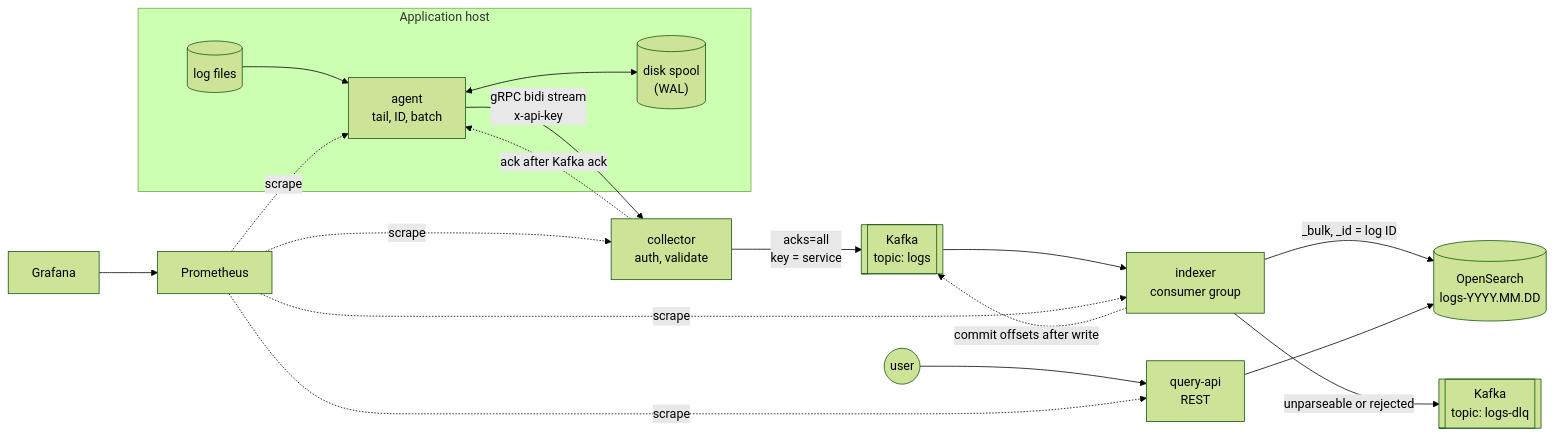
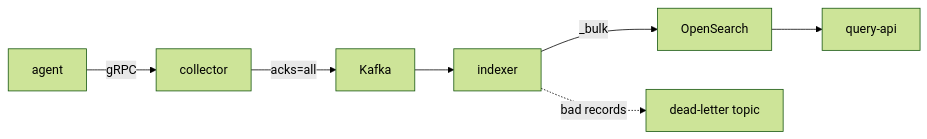
The first of 2 diagrams in README.md (Longhodac/log-plat), drawn with Mermaid (forest theme) before and after one commit. The commit also changed other lines of this file, not shown here.

Commit message:
updated diagram

````diff
--- a/README.md
+++ b/README.md
@@ -7,18 +7,5 @@
 ```mermaid
 flowchart LR
-    subgraph host["Application host"]
-        F[("log files")] --> A["agent<br/>tail, ID, batch"]
-        A <--> S[("disk spool<br/>(WAL)")]
-    end
-    A -- "gRPC bidi stream<br/>x-api-key" --> C["collector<br/>auth, validate"]
-    C -- "acks=all<br/>key = service" --> K[["Kafka<br/>topic: logs"]]
-    C -. "ack after Kafka ack" .-> A
-    K --> I["indexer<br/>consumer group"]
-    I -- "_bulk, _id = log ID" --> O[("OpenSearch<br/>logs-YYYY.MM.DD")]
-    I -- "unparseable or rejected" --> D[["Kafka<br/>topic: logs-dlq"]]
-    I -. "commit offsets after write" .-> K
-    Q["query-api<br/>REST"] --> O
-    U(("user")) --> Q
-    P["Prometheus"] -. scrape .-> A & C & I & Q
-    G["Grafana"] --> P
+    A["agent"] -->|"gRPC"| C["collector"] -->|"acks=all"| K["Kafka"] --> I["indexer"] -->|"_bulk"| O["OpenSearch"] --> Q["query-api"]
+    I -.->|"bad records"| D["dead-letter topic"]
 ```
````
